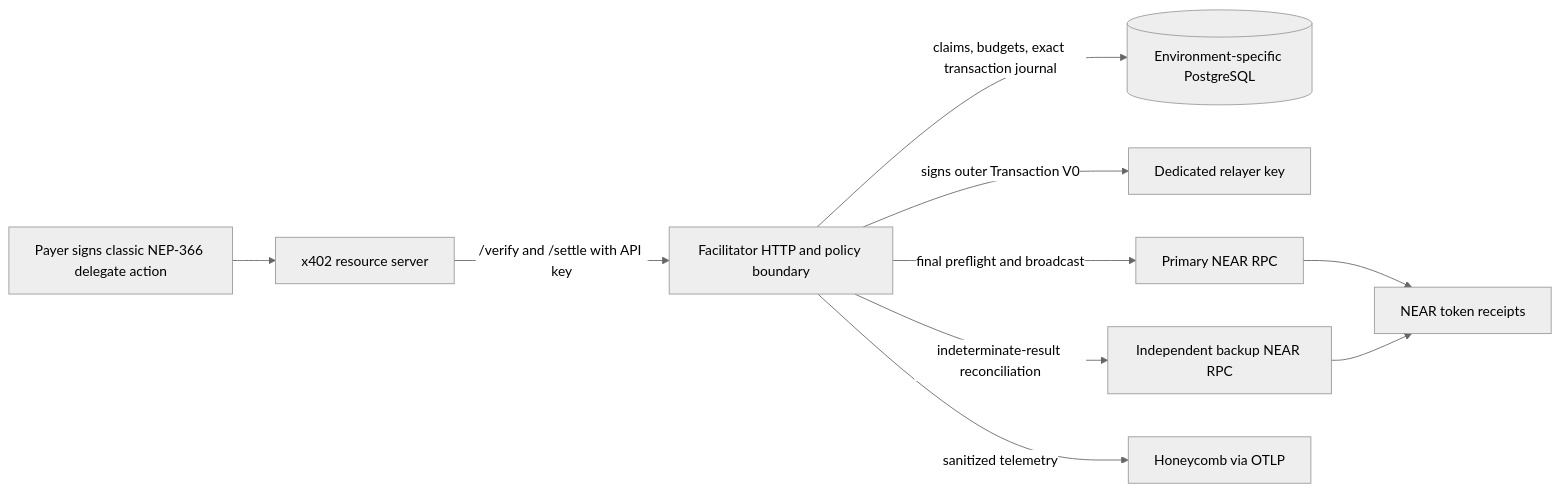
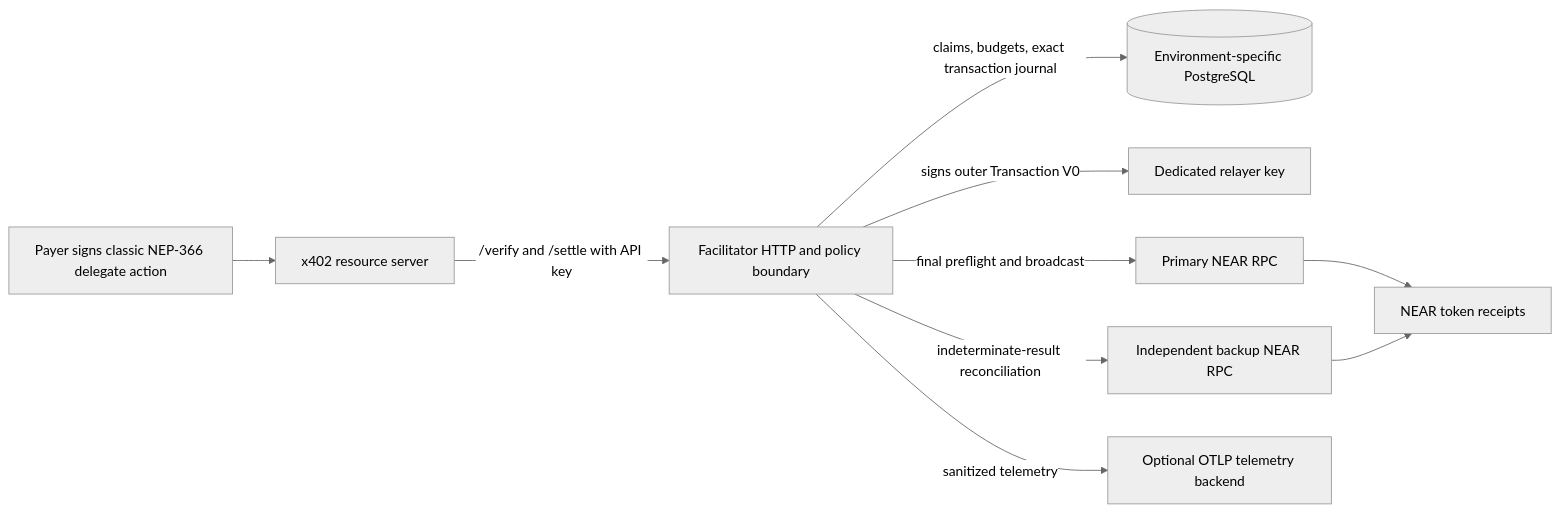
One commit to fastnear/x402-near-facilitator changed the first of 2 diagrams in docs/architecture.md. Above: the diagram before and after it, drawn with Mermaid (neutral theme). The commit also changed other lines of this file and 31 other files, not shown here.

````diff
--- a/docs/architecture.md
+++ b/docs/architecture.md
@@ -5,22 +5,22 @@
 ```mermaid
 flowchart LR
     P["Payer signs classic NEP-366 delegate action"]
     R["x402 resource server"]
     F["Facilitator HTTP and policy boundary"]
     J[("Environment-specific PostgreSQL")]
     K["Dedicated relayer key"]
     A["Primary NEAR RPC"]
     B["Independent backup NEAR RPC"]
     N["NEAR token receipts"]
-    O["Honeycomb via OTLP"]
+    O["Optional OTLP telemetry backend"]
 
     P --> R
     R -->|"/verify and /settle with API key"| F
     F -->|"claims, budgets, exact transaction journal"| J
     F -->|"signs outer Transaction V0"| K
     F -->|"final preflight and broadcast"| A
     F -->|"indeterminate-result reconciliation"| B
     A --> N
     B --> N
     F -->|"sanitized telemetry"| O
 ```
````
